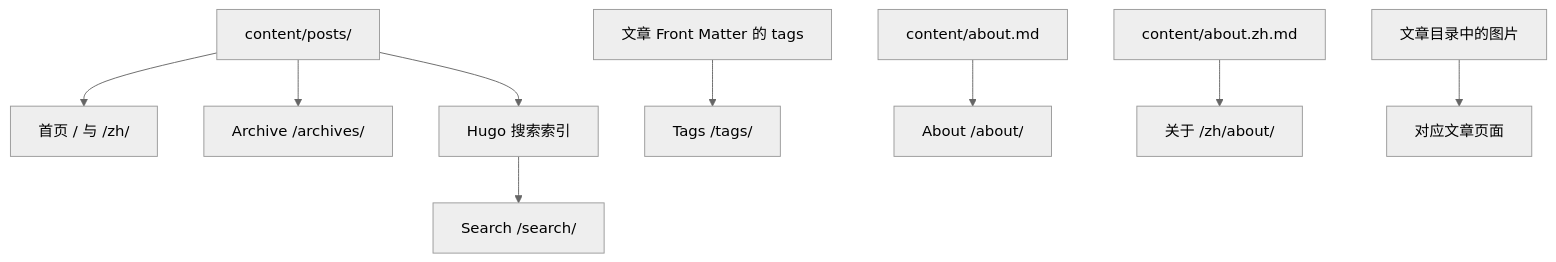
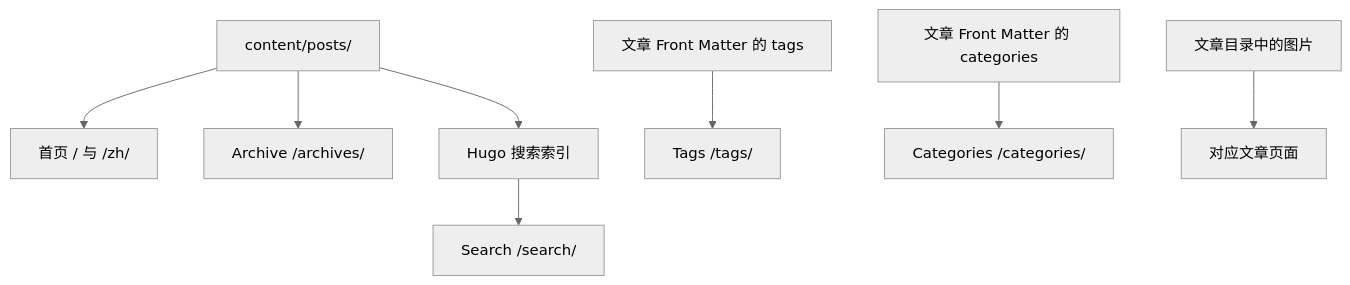
Before and after one commit to TVU-banana/TVU-banana.github.io: the diagram in docs/blog-usage.md, drawn with Mermaid (neutral theme). The commit also changed other lines of this file and 57 other files, not shown here.

````diff
--- a/docs/blog-usage.md
+++ b/docs/blog-usage.md
@@ -153,11 +195,10 @@
 ```mermaid
 flowchart TD
     Posts[content/posts/] --> Home[首页 / 与 /zh/]
     Posts --> Archive[Archive /archives/]
     TagsField[文章 Front Matter 的 tags] --> Tags[Tags /tags/]
+    CategoriesField[文章 Front Matter 的 categories] --> Categories[Categories /categories/]
     Posts --> SearchIndex[Hugo 搜索索引]
     SearchIndex --> Search[Search /search/]
-    AboutEN[content/about.md] --> About[About /about/]
-    AboutZH[content/about.zh.md] --> AboutZHPage[关于 /zh/about/]
     Assets[文章目录中的图片] --> PostPage[对应文章页面]
 ```
````
